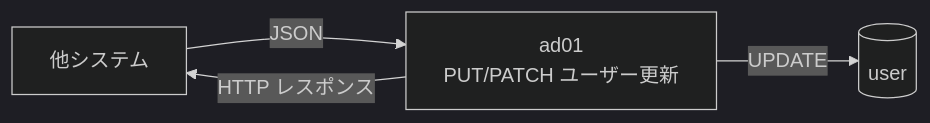
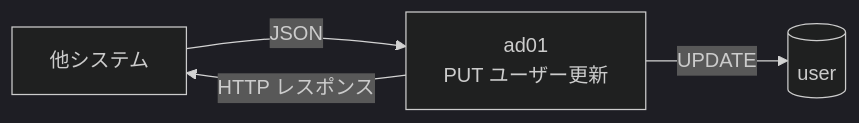
The diagram in app/docs/functional-design/ad01-user-update-api.md (hirokikw/mira), drawn with Mermaid (dark theme) before and after one commit. The commit also changed other lines of this file and 7 other files, not shown here.

````diff
--- a/app/docs/functional-design/ad01-user-update-api.md
+++ b/app/docs/functional-design/ad01-user-update-api.md
@@ -19,10 +19,10 @@
 ```mermaid
 flowchart LR
     Client["他システム"]
-    API["ad01<br/>PUT/PATCH ユーザー更新"]
+    API["ad01<br/>PUT ユーザー更新"]
     DB[("user")]
 
     Client -->|JSON| API
     API -->|UPDATE| DB
     API -->|HTTP レスポンス| Client
 ```
````
